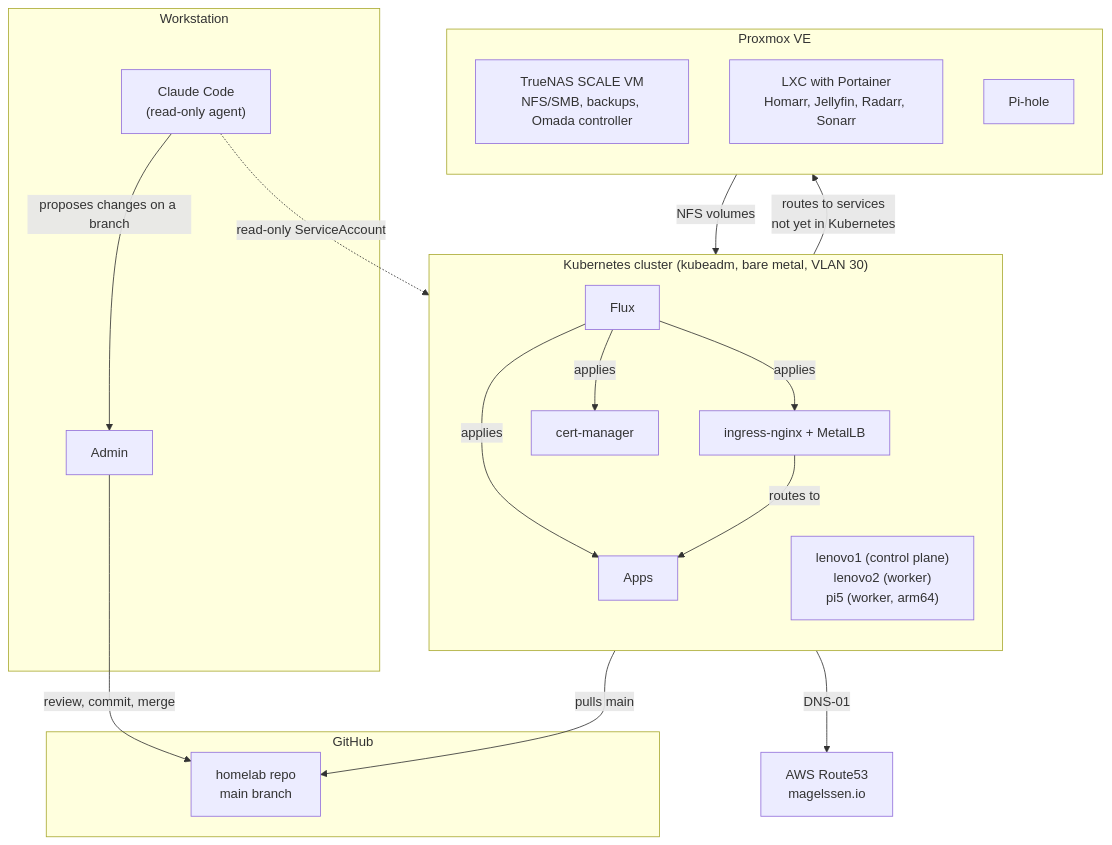
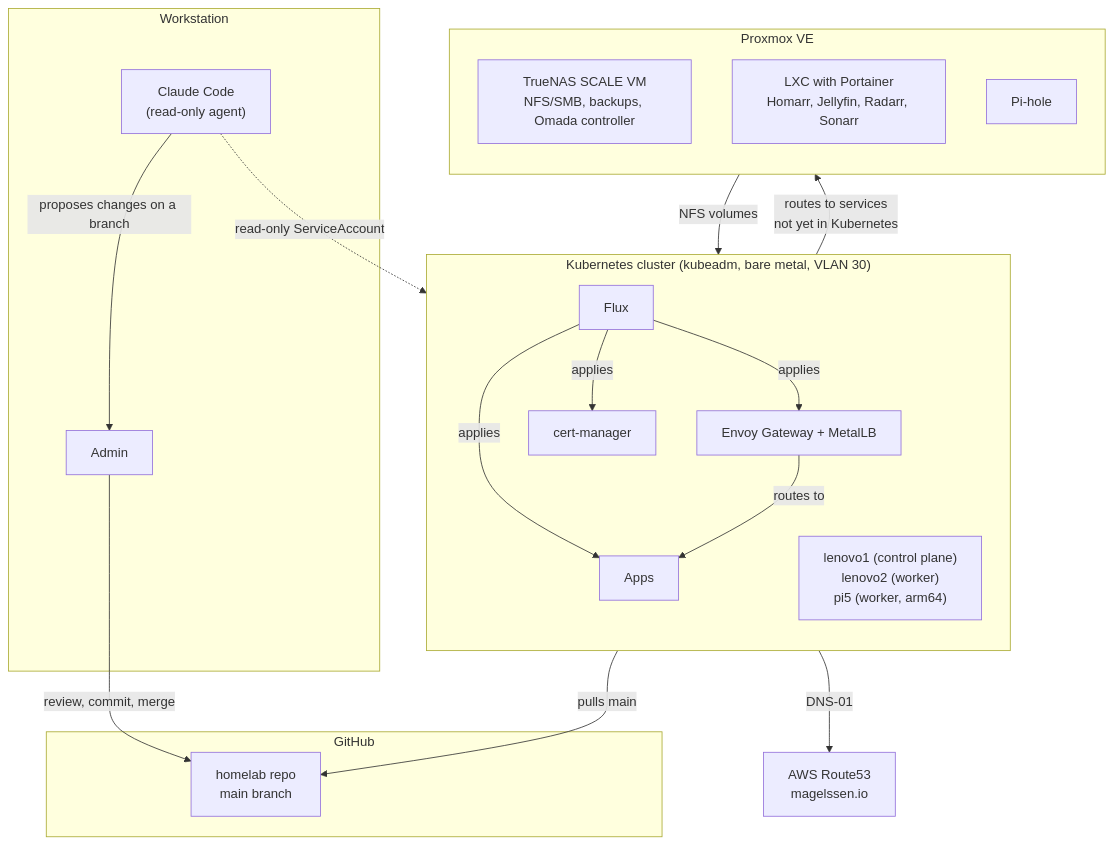
Before and after one commit to l4rma/homelab: the diagram in README.md, drawn with Mermaid. The commit also changed other lines of this file and 48 other files, not shown here.

Commit message:
Route all apps through Envoy Gateway with a wildcard certificate

````diff
--- a/README.md
+++ b/README.md
@@ -13,41 +13,41 @@
 ```mermaid
 flowchart TB
     subgraph workstation["Workstation"]
         admin["Admin"]
         claude["Claude Code<br/>(read-only agent)"]
     end
 
     subgraph github["GitHub"]
         repo["homelab repo<br/>main branch"]
     end
 
     subgraph k8s["Kubernetes cluster (kubeadm, bare metal, VLAN 30)"]
         direction TB
         flux["Flux"]
-        ingress["ingress-nginx + MetalLB"]
+        ingress["Envoy Gateway + MetalLB"]
         certmanager["cert-manager"]
         apps["Apps"]
         nodes["lenovo1 (control plane)<br/>lenovo2 (worker)<br/>pi5 (worker, arm64)"]
     end
 
     subgraph proxmox["Proxmox VE"]
         direction TB
         truenas["TrueNAS SCALE VM<br/>NFS/SMB, backups, Omada controller"]
         portainer["LXC with Portainer<br/>Homarr, Jellyfin, Radarr, Sonarr"]
         otherservices["Pi-hole"]
     end
 
     route53["AWS Route53<br/>magelssen.io"]
 
     claude -- "proposes changes on a branch" --> admin
     admin -- "review, commit, merge" --> repo
     flux -- "pulls main" --> repo
     flux -- "applies" --> ingress
     flux -- "applies" --> certmanager
     flux -- "applies" --> apps
     claude -. "read-only ServiceAccount" .-> k8s
     certmanager -- "DNS-01" --> route53
     ingress -- "routes to" --> apps
     ingress -- "routes to services<br/>not yet in Kubernetes" --> proxmox
     truenas -- "NFS volumes" --> apps
 ```
````
